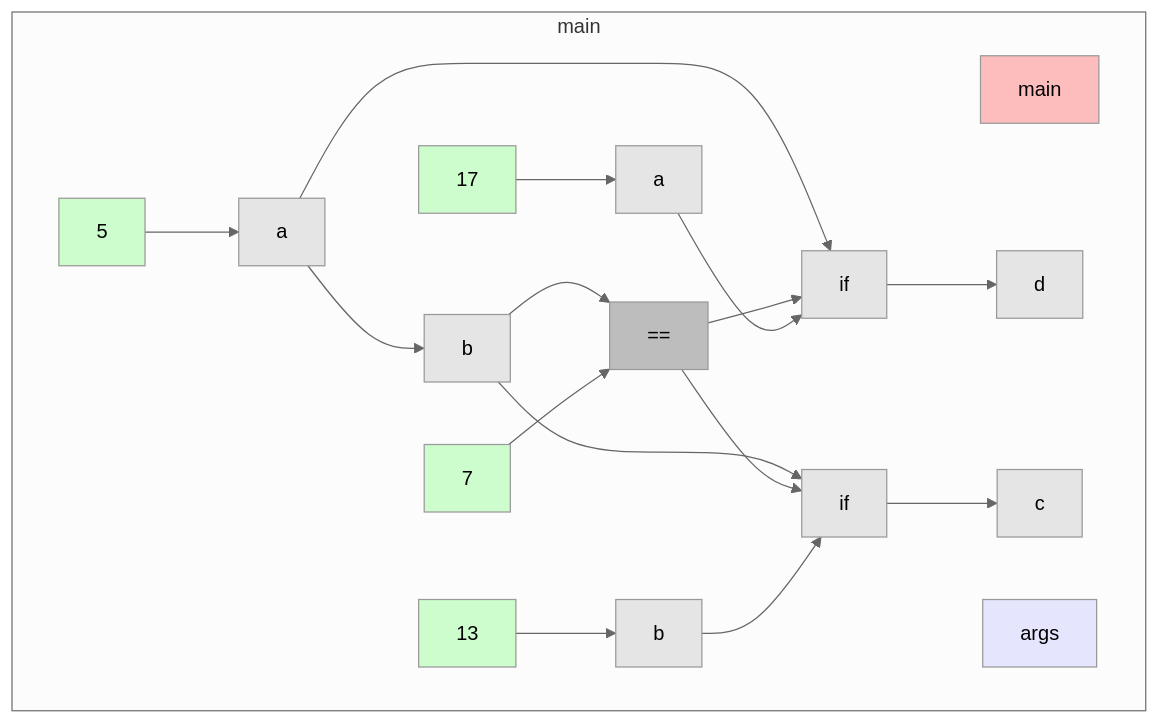
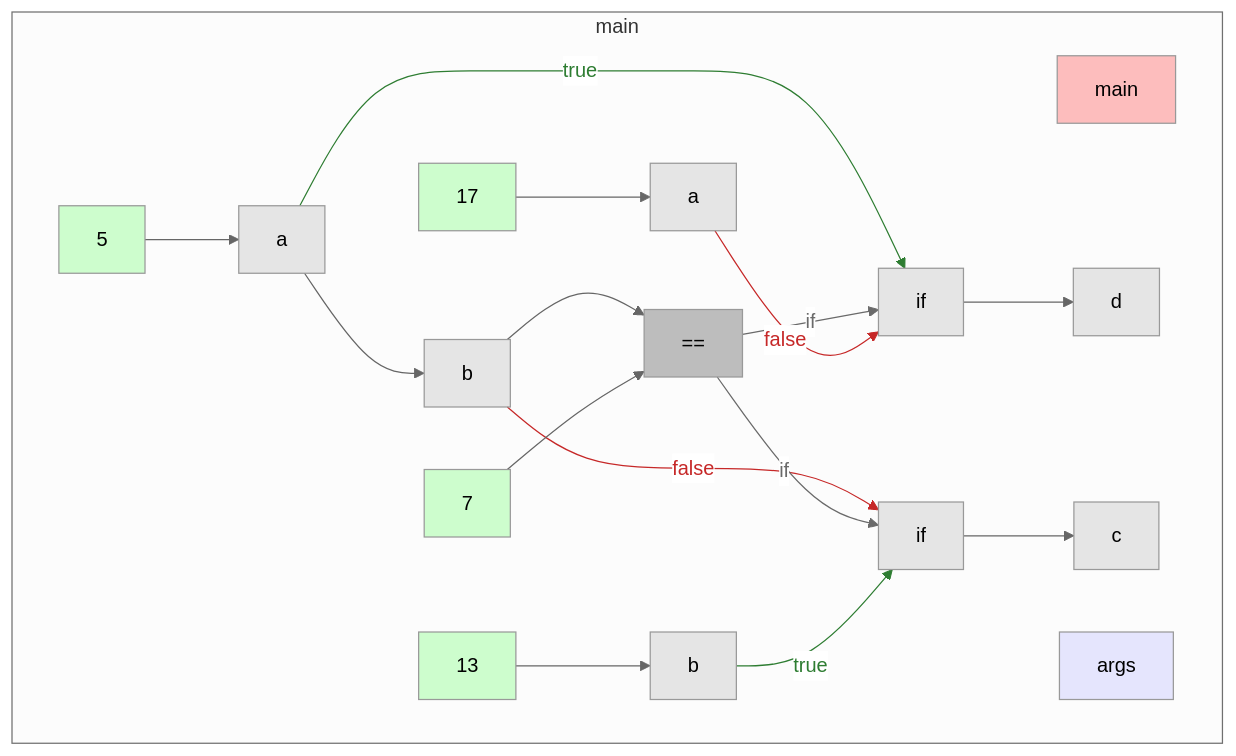
One commit to gstiebler/codeflow changed the diagram in app/src/test/resources/if1/truth.md. Above: the diagram before and after it, drawn with Mermaid (neutral theme). The commit also changed 18 other files, not shown here.

````diff
--- a/app/src/test/resources/if1/truth.md
+++ b/app/src/test/resources/if1/truth.md
@@ -1,41 +1,47 @@
 ```mermaid
 flowchart TD
   subgraph b0["main"]
     n1[main]:::RETURN
     n2[args]:::FUNC_PARAM
     n3[5]:::LITERAL
     n4[a]:::VARIABLE
     n5[b]:::VARIABLE
     n6[7]:::LITERAL
     n7[==]:::BIN_OP
     n8[13]:::LITERAL
     n9[b]:::VARIABLE
     n10[17]:::LITERAL
     n11[a]:::VARIABLE
     n12[if]:::VARIABLE
     n13[if]:::VARIABLE
     n14[c]:::VARIABLE
     n15[d]:::VARIABLE
     n3[5]:::LITERAL --> n4[a]:::VARIABLE
     n4[a]:::VARIABLE --> n5[b]:::VARIABLE
-    n4[a]:::VARIABLE --> n12[if]:::VARIABLE
+    n4[a]:::VARIABLE -->|true| n12[if]:::VARIABLE
     n5[b]:::VARIABLE --> n7[==]:::BIN_OP
-    n5[b]:::VARIABLE --> n13[if]:::VARIABLE
+    n5[b]:::VARIABLE -->|false| n13[if]:::VARIABLE
     n6[7]:::LITERAL --> n7[==]:::BIN_OP
-    n7[==]:::BIN_OP --> n12[if]:::VARIABLE
-    n7[==]:::BIN_OP --> n13[if]:::VARIABLE
+    n7[==]:::BIN_OP -->|if| n12[if]:::VARIABLE
+    n7[==]:::BIN_OP -->|if| n13[if]:::VARIABLE
     n8[13]:::LITERAL --> n9[b]:::VARIABLE
-    n9[b]:::VARIABLE --> n13[if]:::VARIABLE
+    n9[b]:::VARIABLE -->|true| n13[if]:::VARIABLE
     n10[17]:::LITERAL --> n11[a]:::VARIABLE
-    n11[a]:::VARIABLE --> n12[if]:::VARIABLE
+    n11[a]:::VARIABLE -->|false| n12[if]:::VARIABLE
     n12[if]:::VARIABLE --> n15[d]:::VARIABLE
     n13[if]:::VARIABLE --> n14[c]:::VARIABLE
   end
+  linkStyle 2 stroke:#2e7d32,color:#2e7d32
+  linkStyle 4 stroke:#c62828,color:#c62828
+  linkStyle 6 stroke:#6a6a6a,color:#6a6a6a
+  linkStyle 7 stroke:#6a6a6a,color:#6a6a6a
+  linkStyle 9 stroke:#2e7d32,color:#2e7d32
+  linkStyle 11 stroke:#c62828,color:#c62828
   classDef LITERAL fill:#00FF0030
   classDef VARIABLE fill:#80808030
   classDef BIN_OP fill:#80808080
   classDef FUNC_PARAM fill:#8080FF30
   classDef RETURN fill:#FF808080
   classDef EXTERNAL fill:#FFA50040
   classDef UNMODELLED fill:#FF000030,stroke-dasharray: 4 2
 ```
````
